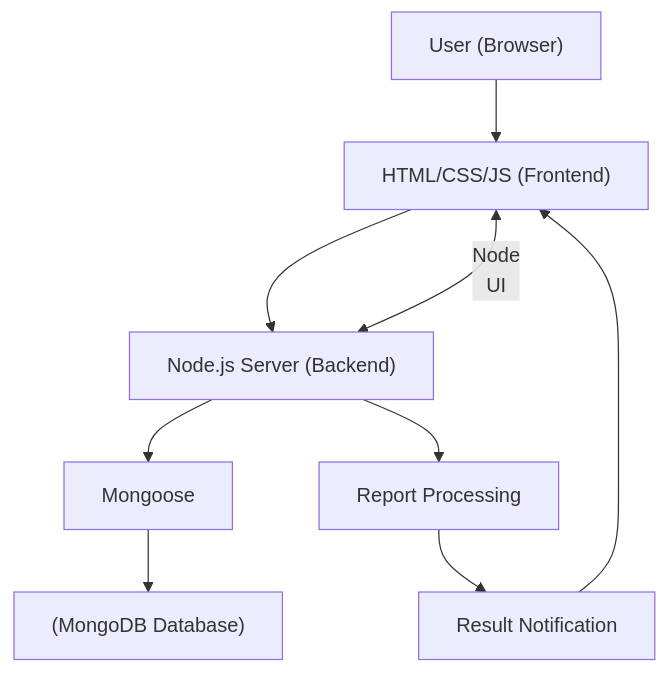
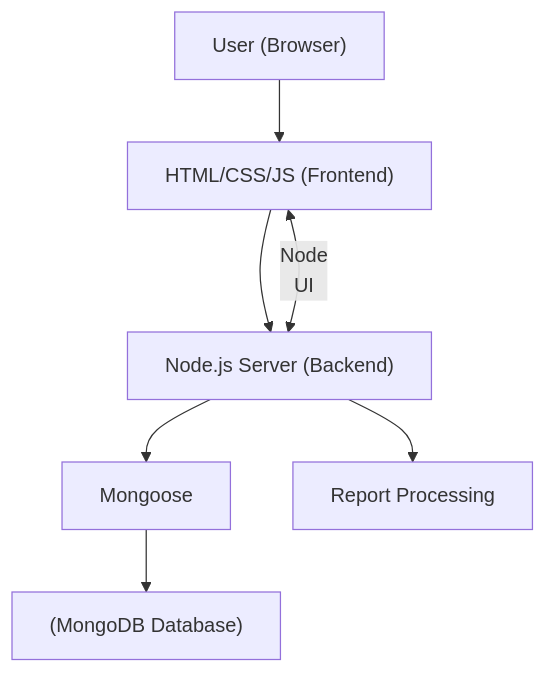
The second of 2 diagrams in README.md (nawabysadaf/Community_Voice_Website), drawn with Mermaid before and after one commit.

````diff
--- a/README.md
+++ b/README.md
@@ -40,21 +40,18 @@
 ```mermaid
 graph TD
 
   User["User (Browser)"]
   UI["HTML/CSS/JS (Frontend)"]
   Node["Node.js Server (Backend)"]
   Mongoose[Mongoose]
   MongoDB["(MongoDB Database)"]
   Process[Report Processing]
-  Result[Result Notification]
 
   User --> UI
   UI --> Node
   Node --> Mongoose
   Mongoose --> MongoDB
   UI <-- Node
   UI --> Node
   Node --> Process
-  Process --> Result
-  Result --> UI
 ```
````
